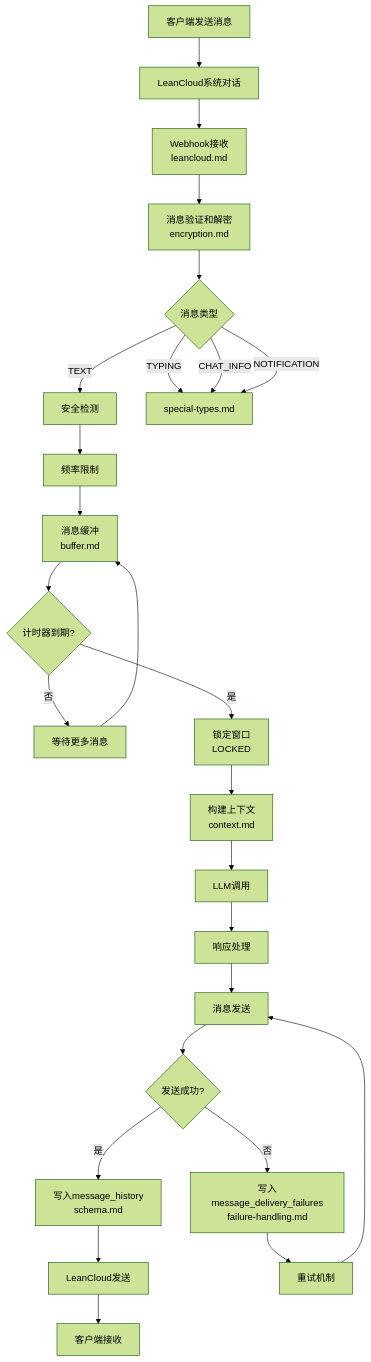
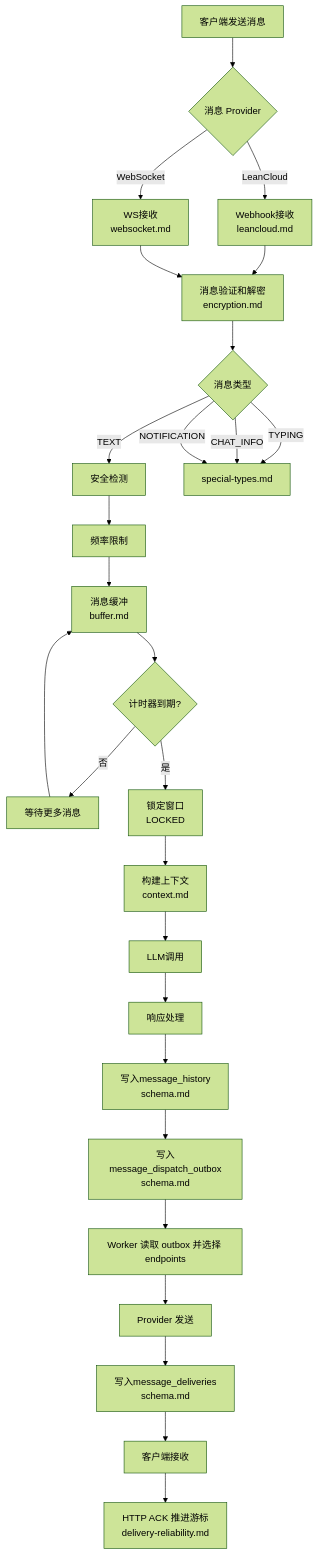
One commit to Monopink/ailo changed the diagram in docs/spec/message/README.md. Above: the diagram before and after it, drawn with Mermaid (forest theme). The commit also changed other lines of this file and 90 other files, not shown here.

````diff
--- a/docs/spec/message/README.md
+++ b/docs/spec/message/README.md
@@ -30,35 +7,33 @@
 ```mermaid
 flowchart TB
-    A[客户端发送消息] --> B[LeanCloud系统对话]
-    B --> C[Webhook接收<br/>leancloud.md]
-    C --> D[消息验证和解密<br/>encryption.md]
-    D --> E{消息类型}
+    A[客户端发送消息] --> B{消息 Provider}
+    B -->|LeanCloud| C[Webhook接收<br/>leancloud.md]
+    B -->|WebSocket| D[WS接收<br/>websocket.md]
+    C --> E[消息验证和解密<br/>encryption.md]
+    D --> E
+    E --> F{消息类型}
 
-    E -->|TEXT| F[安全检测]
-    E -->|TYPING| G[special-types.md]
-    E -->|CHAT_INFO| G
-    E -->|NOTIFICATION| G
+    F -->|TEXT| G[安全检测]
+    F -->|TYPING| H[special-types.md]
+    F -->|CHAT_INFO| H
+    F -->|NOTIFICATION| H
 
-    F --> H[频率限制]
-    H --> I[消息缓冲<br/>buffer.md]
-    I --> J{计时器到期?}
+    G --> I[频率限制]
+    I --> J[消息缓冲<br/>buffer.md]
+    J --> K{计时器到期?}
 
-    J -->|否| K[等待更多消息]
-    K --> I
+    K -->|否| L[等待更多消息]
+    L --> J
 
-    J -->|是| L[锁定窗口<br/>LOCKED]
-    L --> M[构建上下文<br/>context.md]
-    M --> N[LLM调用]
-    N --> O[响应处理]
-    O --> P[消息发送]
-
-    P --> Q{发送成功?}
-    Q -->|是| R[写入message_history<br/>schema.md]
-    Q -->|否| S[写入message_delivery_failures<br/>failure-handling.md]
-
-    R --> T[LeanCloud发送]
-    T --> U[客户端接收]
-
-    S --> V[重试机制]
-    V --> P
+    K -->|是| M[锁定窗口<br/>LOCKED]
+    M --> N[构建上下文<br/>context.md]
+    N --> O[LLM调用]
+    O --> P[响应处理]
+    P --> Q[写入message_history<br/>schema.md]
+    Q --> R[写入message_dispatch_outbox<br/>schema.md]
+    R --> S[Worker 读取 outbox 并选择 endpoints]
+    S --> T[Provider 发送]
+    T --> U[写入message_deliveries<br/>schema.md]
+    U --> V[客户端接收]
+    V --> W[HTTP ACK 推进游标<br/>delivery-reliability.md]
 ```
````
